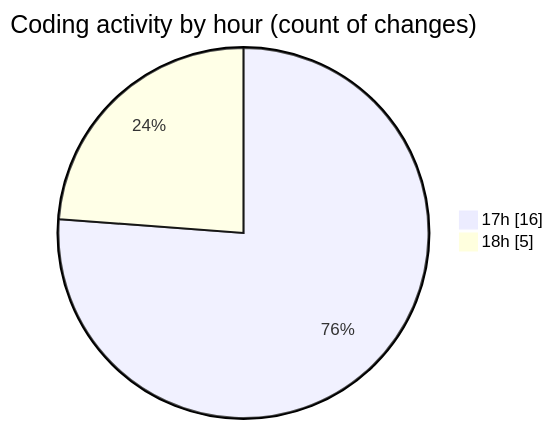
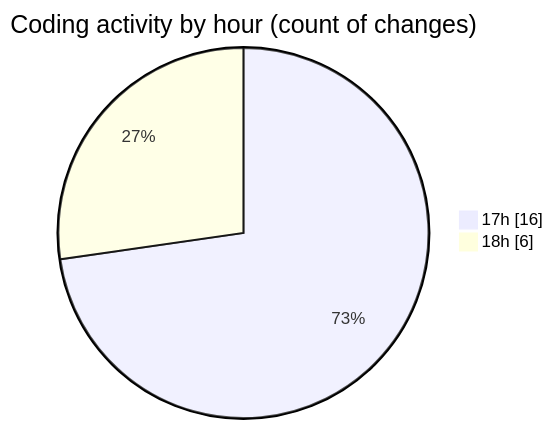
The second of 2 diagrams in 2026-07-21/wp-content/README.md (debugP/code-tracking), drawn with Mermaid before and after one commit. The commit also changed other lines of this file and 1 other file, not shown here.

````diff
--- a/2026-07-21/wp-content/README.md
+++ b/2026-07-21/wp-content/README.md
@@ -28,6 +28,6 @@
 ```mermaid
 pie showData
 title Coding activity by hour (count of changes)
 "17h" : 16
-"18h" : 5
+"18h" : 6
 ```
````
